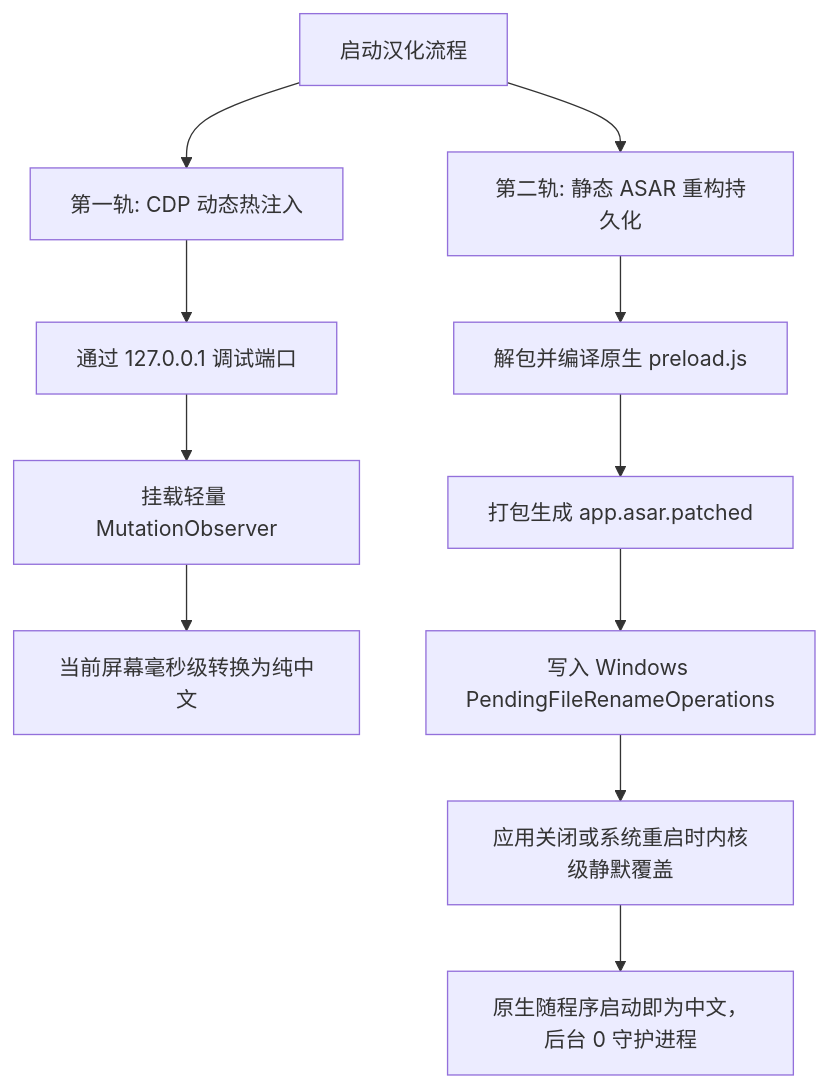
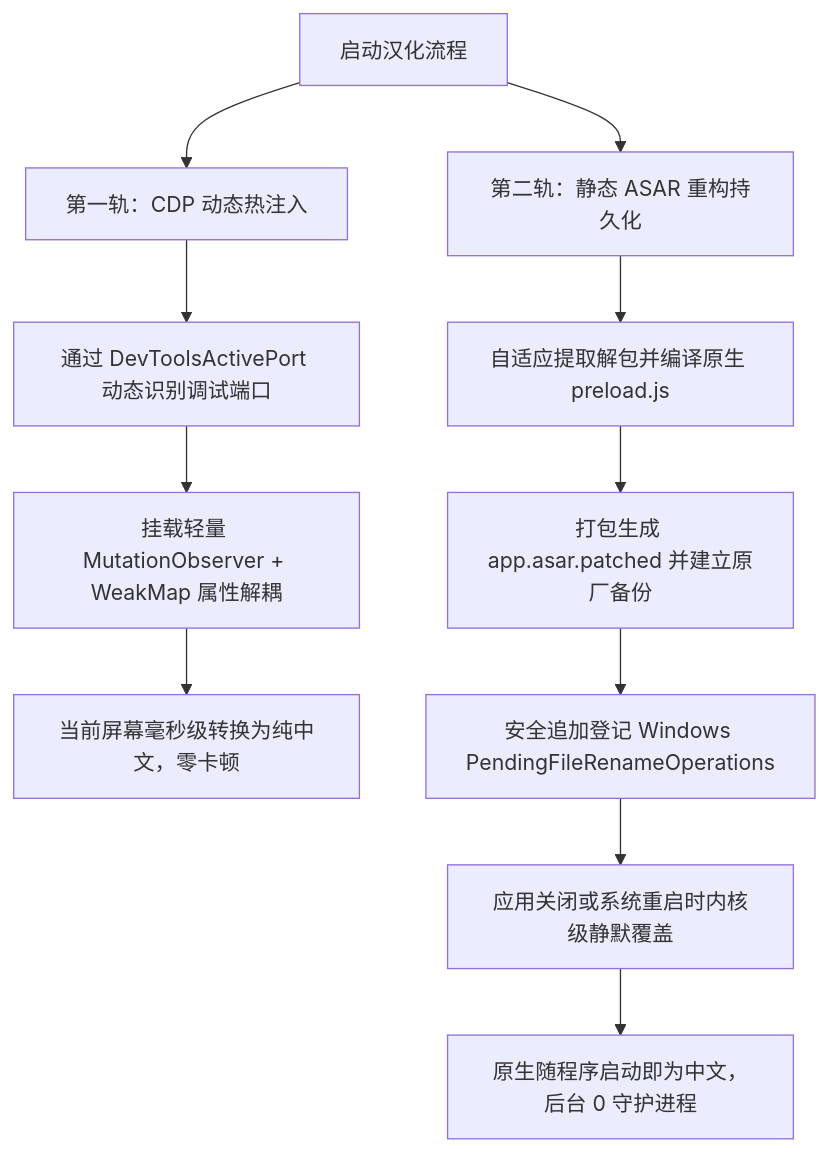
One commit to qun950303/antigravity-cn-toolkit changed the diagram in docs/ARCHITECTURE.md. Above: the diagram before and after it, drawn with Mermaid. The commit also changed other lines of this file and 10 other files, not shown here.

````diff
--- a/docs/ARCHITECTURE.md
+++ b/docs/ARCHITECTURE.md
@@ -27,15 +27,15 @@
 ```mermaid
 flowchart TD
-    A[启动汉化流程] --> B[第一轨: CDP 动态热注入]
-    A --> C[第二轨: 静态 ASAR 重构持久化]
+    A[启动汉化流程] --> B[第一轨：CDP 动态热注入]
+    A --> C[第二轨：静态 ASAR 重构持久化]
 
-    B --> D[通过 127.0.0.1 调试端口]
-    D --> E[挂载轻量 MutationObserver]
-    E --> F[当前屏幕毫秒级转换为纯中文]
+    B --> D[通过 DevToolsActivePort 动态识别调试端口]
+    D --> E[挂载轻量 MutationObserver + WeakMap 属性解耦]
+    E --> F[当前屏幕毫秒级转换为纯中文，零卡顿]
 
-    C --> G[解包并编译原生 preload.js]
-    G --> H[打包生成 app.asar.patched]
-    H --> I[写入 Windows PendingFileRenameOperations]
+    C --> G[自适应提取解包并编译原生 preload.js]
+    G --> H[打包生成 app.asar.patched 并建立原厂备份]
+    H --> I[安全追加登记 Windows PendingFileRenameOperations]
     I --> J[应用关闭或系统重启时内核级静默覆盖]
     J --> K[原生随程序启动即为中文，后台 0 守护进程]
 ```
````
